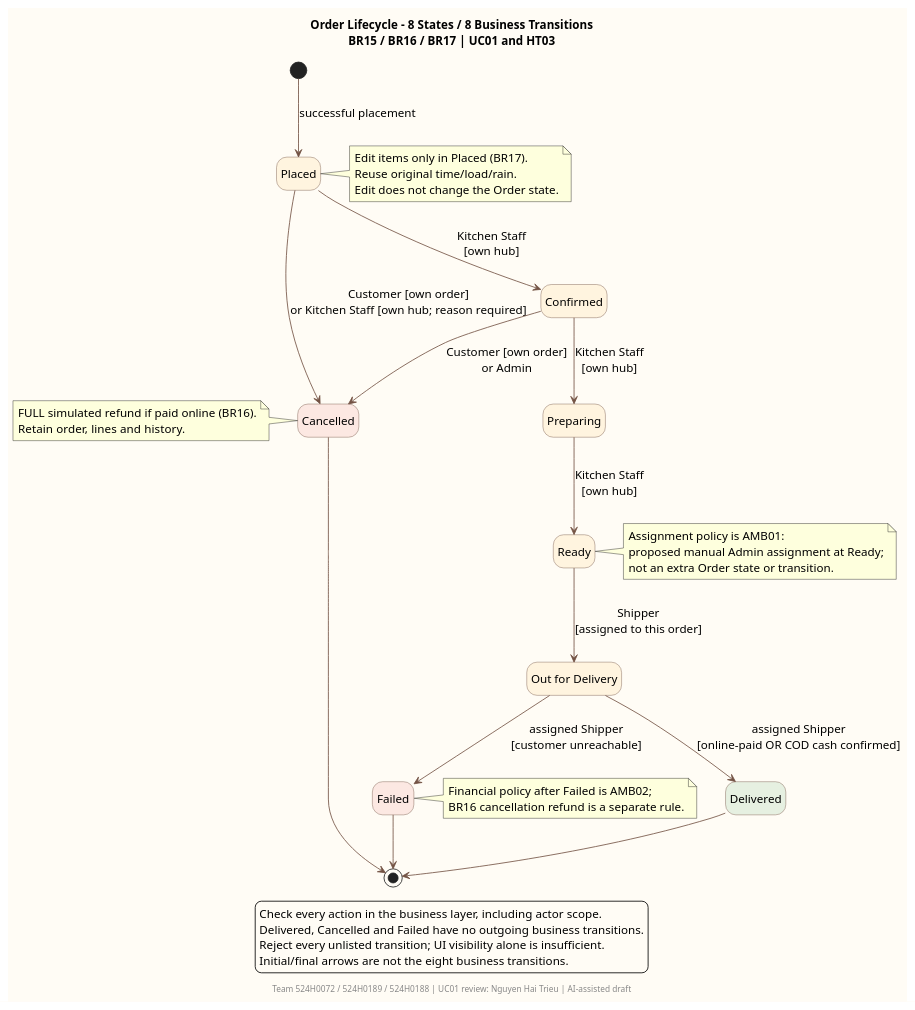
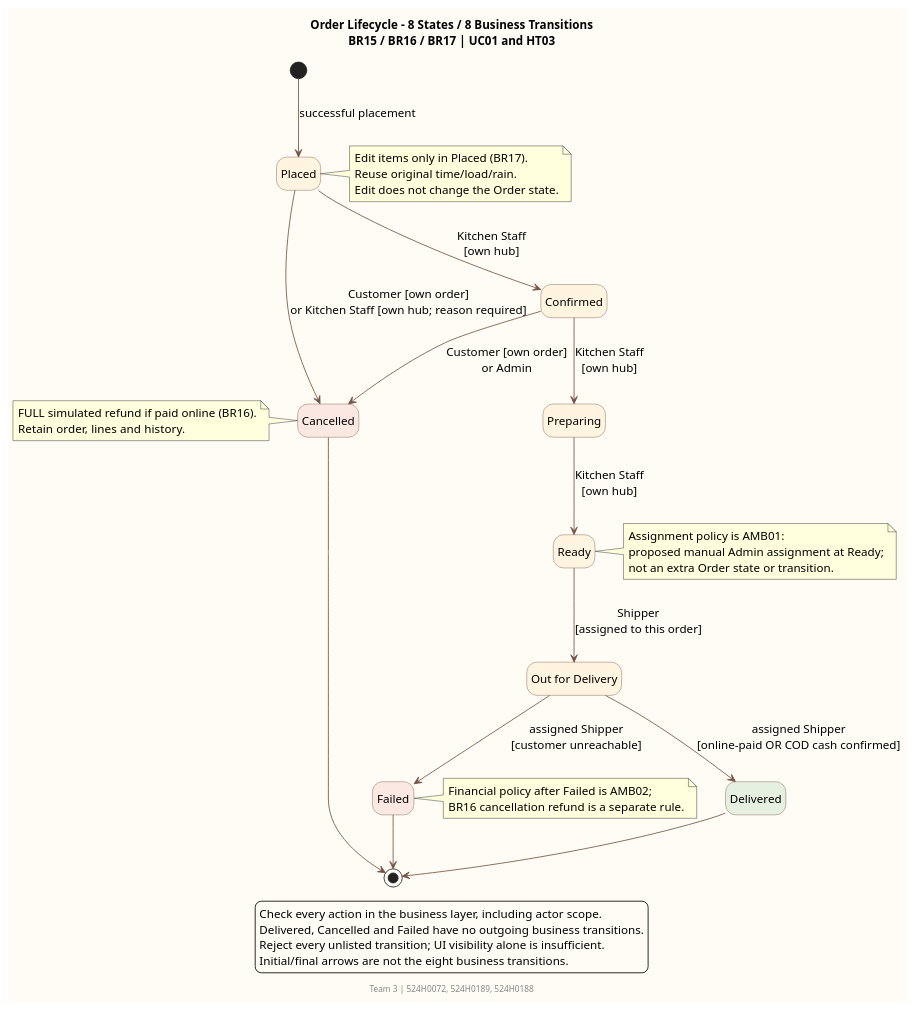
Before and after one commit to rumnopro0809/saigonbite-group3: the diagram in docs/part2/diagrams/order-state.puml, drawn with PlantUML. The commit also changed 41 other files, not shown here.

Commit message:
chore(part2): finalize V2-only Figma links, clean UML diagrams, ERD SystemSettings and report PDF

```diff
--- a/docs/part2/diagrams/order-state.puml
+++ b/docs/part2/diagrams/order-state.puml
@@ -1,56 +1,56 @@
 @startuml
 title Order Lifecycle - 8 States / 8 Business Transitions\nBR15 / BR16 / BR17 | UC01 and HT03
-footer Team 524H0072 / 524H0189 / 524H0188 | UC01 review: Nguyen Hai Trieu | AI-assisted draft
+footer Team 3 | 524H0072, 524H0189, 524H0188
 skinparam backgroundColor #FFFCF5
 skinparam shadowing false
 skinparam defaultFontName SansSerif
 skinparam defaultFontSize 14
 skinparam stateBackgroundColor #FFF4DF
 skinparam stateBorderColor #735344
 skinparam ArrowColor #735344
 hide empty description
 state Placed
 state Confirmed
 state Preparing
 state Ready
 state "Out for Delivery" as Out
 state Delivered #E6F0E1
 state Cancelled #FCE8E2
 state Failed #FCE8E2
 [*] --> Placed : successful placement
 Placed --> Confirmed : Kitchen Staff\n[own hub]
 Placed --> Cancelled : Customer [own order]\nor Kitchen Staff [own hub; reason required]
 Confirmed --> Preparing : Kitchen Staff\n[own hub]
 Confirmed --> Cancelled : Customer [own order]\nor Admin
 Preparing --> Ready : Kitchen Staff\n[own hub]
 Ready --> Out : Shipper\n[assigned to this order]
 Out --> Delivered : assigned Shipper\n[online-paid OR COD cash confirmed]
 Out --> Failed : assigned Shipper\n[customer unreachable]
 Delivered --> [*]
 Cancelled --> [*]
 Failed --> [*]
 note right of Placed
   Edit items only in Placed (BR17).
   Reuse original time/load/rain.
   Edit does not change the Order state.
 end note
 note right of Ready
   Assignment policy is AMB01:
   proposed manual Admin assignment at Ready;
   not an extra Order state or transition.
 end note
 note left of Cancelled
   FULL simulated refund if paid online (BR16).
   Retain order, lines and history.
 end note
 note right of Failed
   Financial policy after Failed is AMB02;
   BR16 cancellation refund is a separate rule.
 end note
 legend bottom
   Check every action in the business layer, including actor scope.
   Delivered, Cancelled and Failed have no outgoing business transitions.
   Reject every unlisted transition; UI visibility alone is insufficient.
   Initial/final arrows are not the eight business transitions.
 endlegend
 @enduml
```
